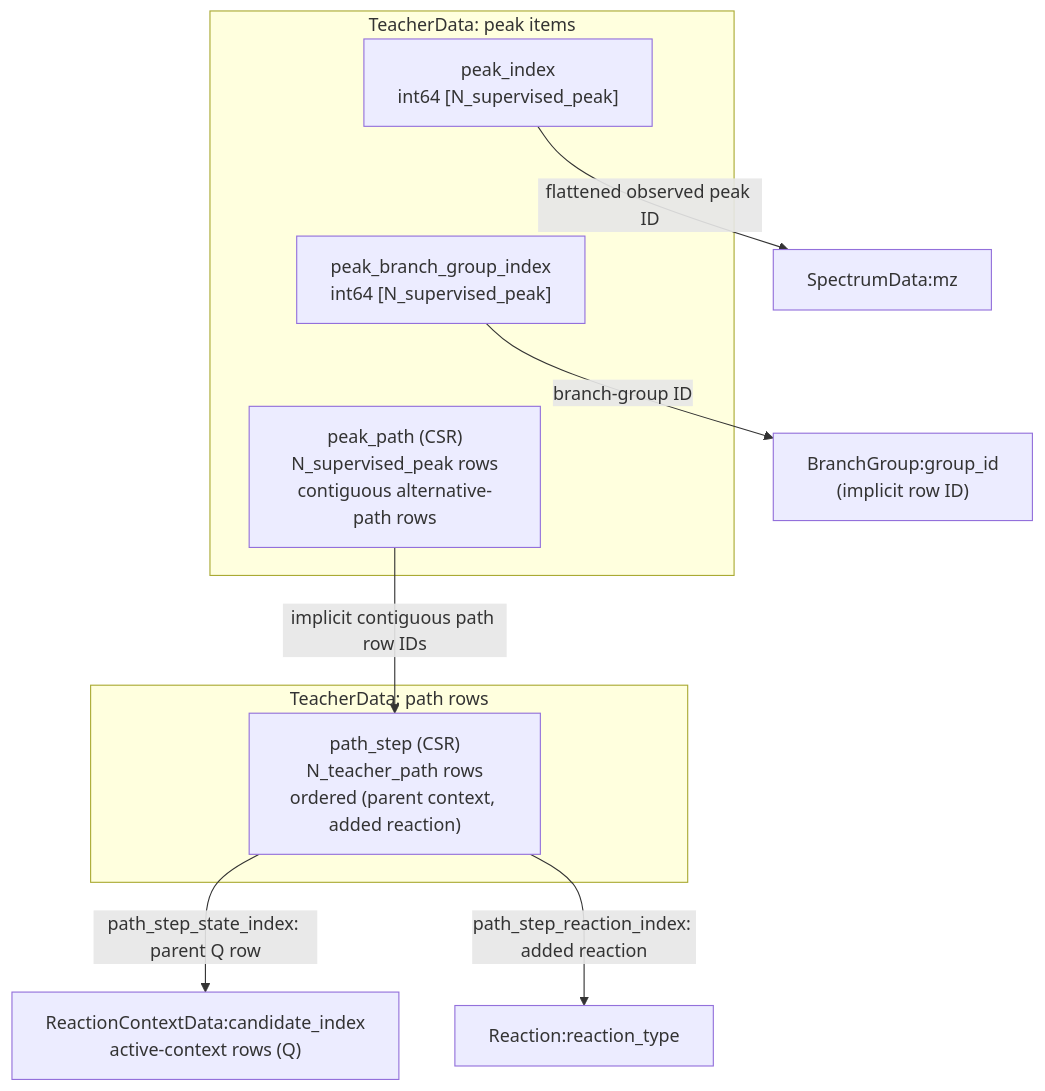
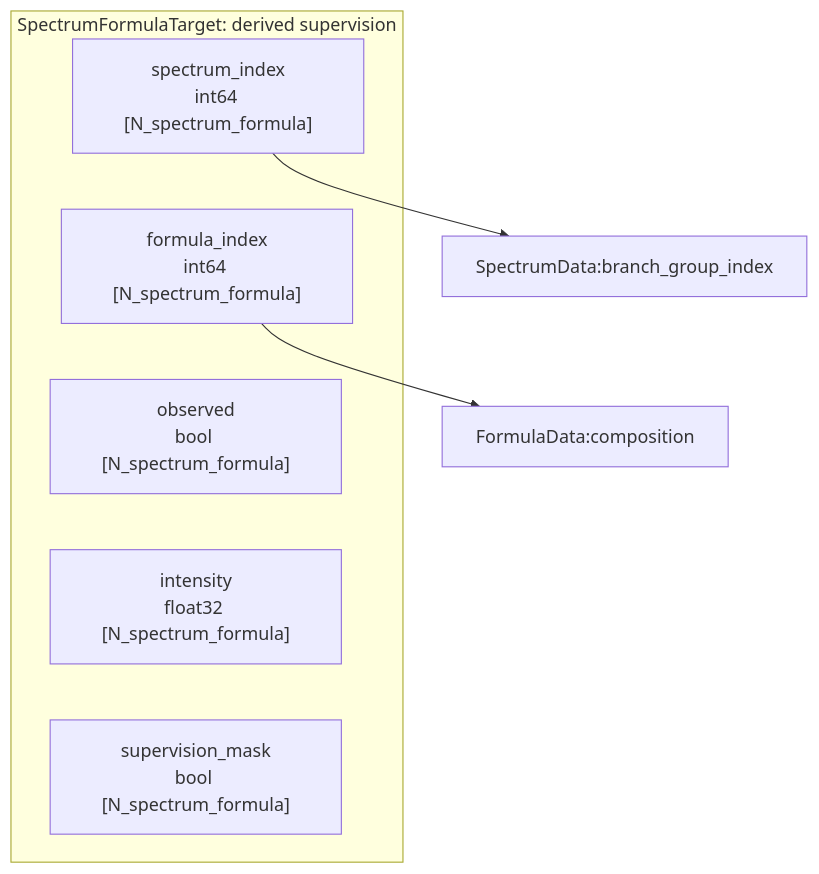
Diagram 15 of 15 in fredis/ml/input/SCHEMA.md (MotohiroOGAWA/FREDIS), drawn with Mermaid before and after one commit. The commit also changed other lines of this file, not shown here.

Commit message:
refactor: Revise SourceReactionStructure schema for clarity and structure

````diff
--- a/fredis/ml/input/SCHEMA.md
+++ b/fredis/ml/input/SCHEMA.md
@@ -917,21 +1111,17 @@
 ```mermaid
 flowchart TB
-    subgraph TP["TeacherData: peak items"]
-        PEAK["peak_index<br/>int64 [N_supervised_peak]"]
-        GROUP["peak_branch_group_index<br/>int64 [N_supervised_peak]"]
-        PATH["peak_path (CSR)<br/>N_supervised_peak rows<br/>contiguous alternative-path rows"]
-        PEAK ~~~ GROUP ~~~ PATH
+    subgraph FT["SpectrumFormulaTarget: derived supervision"]
+        S["spectrum_index<br/>int64 [N_spectrum_formula]"]
+        F["formula_index<br/>int64 [N_spectrum_formula]"]
+        O["observed<br/>bool [N_spectrum_formula]"]
+        I["intensity<br/>float32 [N_spectrum_formula]"]
+        M["supervision_mask<br/>bool [N_spectrum_formula]"]
+        S ~~~ F ~~~ O ~~~ I ~~~ M
     end
-    subgraph TS["TeacherData: path rows"]
-        STEP["path_step (CSR)<br/>N_teacher_path rows<br/>ordered (parent context, added reaction)"]
-    end
-    PR["SpectrumData:mz"]
-    GR["BranchGroup:group_id<br/>(implicit row ID)"]
-    QR["ReactionContextData:candidate_index<br/>active-context rows (Q)"]
-    RR["Reaction:reaction_type"]
-    PEAK -->|"flattened observed peak ID"| PR
-    GROUP -->|"branch-group ID"| GR
-    PATH -->|"implicit contiguous path row IDs"| STEP
-    STEP -->|"path_step_state_index: parent Q row"| QR
-    STEP -->|"path_step_reaction_index: added reaction"| RR
+    SR["SpectrumData:branch_group_index"]
+    FR["FormulaData:composition"]
+    S --> SR
+    F --> FR
+    click SR "SCHEMA.md#28-spectrumdata" "SpectrumData"
+    click FR "SCHEMA.md#26-formuladata" "FormulaData"
 ```
````
